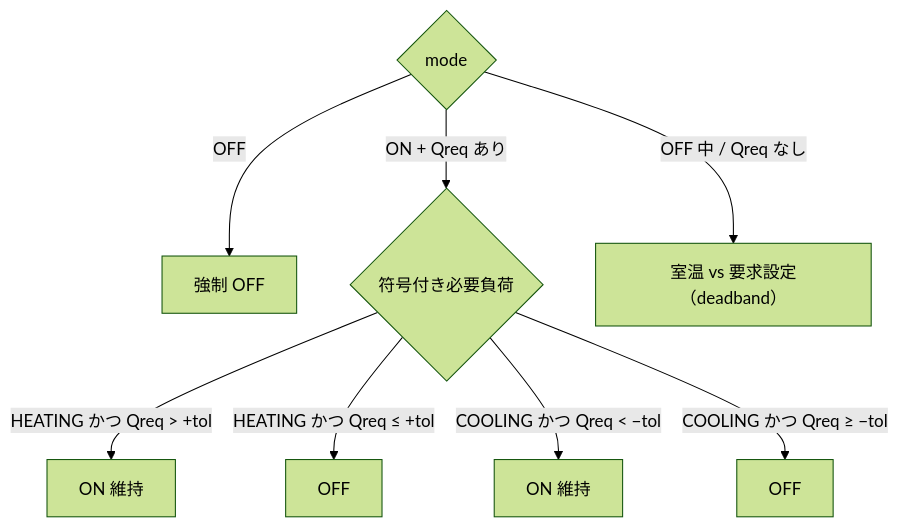
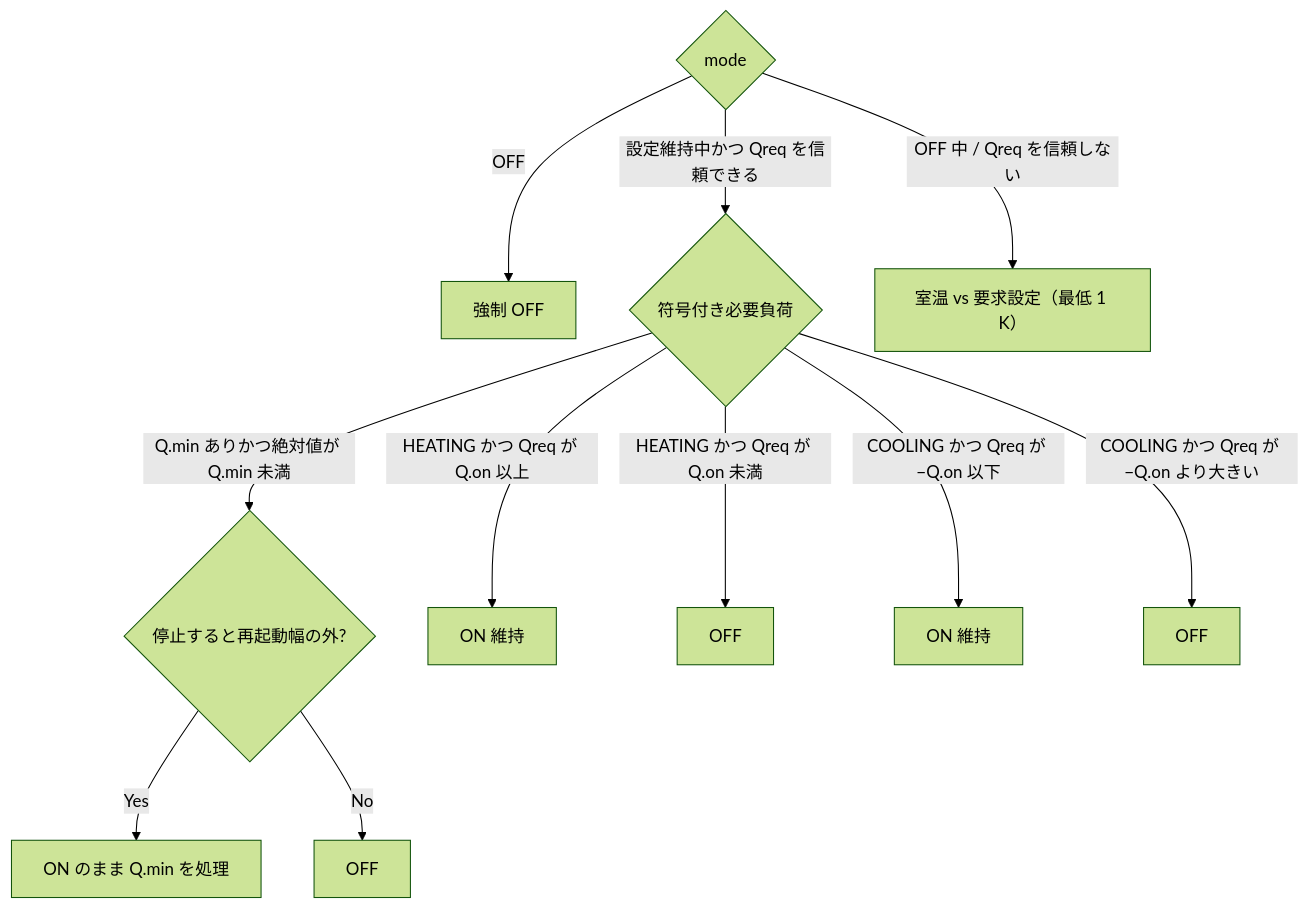
One commit to iguchi-lab/vtsimnx changed the fourth of 5 diagrams in engine/docs/aircon_control_overview.md. Above: the diagram before and after it, drawn with Mermaid (forest theme). The commit also changed other lines of this file and 1 other file, not shown here.

Commit message:
docs: align aircon control notes with the split ON/OFF and airflow modules
The overview diagram still described the 1 W band, and the principles file list did not name the extracted decision modules.

````diff
--- a/engine/docs/aircon_control_overview.md
+++ b/engine/docs/aircon_control_overview.md
@@ -153,10 +153,13 @@
 ```mermaid
 flowchart TD
     M{"mode"} -->|OFF| Z["強制 OFF"]
-    M -->|ON + Qreq あり| Q{"符号付き必要負荷"}
-    Q -->|HEATING かつ Qreq > +tol| ON1["ON 維持"]
-    Q -->|HEATING かつ Qreq ≤ +tol| OFF1["OFF"]
-    Q -->|COOLING かつ Qreq < −tol| ON2["ON 維持"]
-    Q -->|COOLING かつ Qreq ≥ −tol| OFF2["OFF"]
-    M -->|OFF 中 / Qreq なし| T["室温 vs 要求設定（deadband）"]
+    M -->|設定維持中かつ Qreq を信頼できる| Q{"符号付き必要負荷"}
+    Q -->|Q.min ありかつ絶対値が Q.min 未満| H{"停止すると再起動幅の外?"}
+    H -->|Yes| HOLD["ON のまま Q.min を処理"]
+    H -->|No| OFFQ["OFF"]
+    Q -->|HEATING かつ Qreq が Q.on 以上| ON1["ON 維持"]
+    Q -->|HEATING かつ Qreq が Q.on 未満| OFF1["OFF"]
+    Q -->|COOLING かつ Qreq が −Q.on 以下| ON2["ON 維持"]
+    Q -->|COOLING かつ Qreq が −Q.on より大きい| OFF2["OFF"]
+    M -->|OFF 中 / Qreq を信頼しない| T["室温 vs 要求設定（最低 1 K）"]
 ```
````
